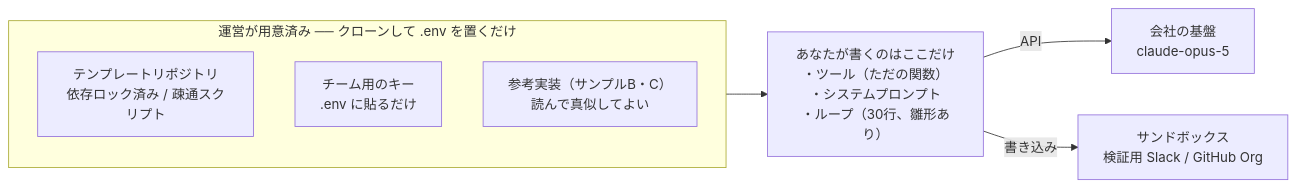
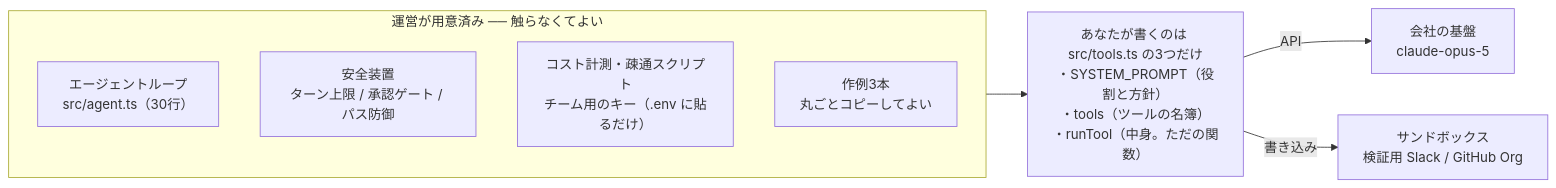
One commit to kkeeth/sample-ai-agent changed the diagram in docs/03-kickoff-script.md. Above: the diagram before and after it, drawn with Mermaid. The commit also changed other lines of this file and 19 other files, not shown here.

````diff
--- a/docs/03-kickoff-script.md
+++ b/docs/03-kickoff-script.md
@@ -70,17 +75,18 @@
 ```mermaid
 flowchart LR
-    subgraph READY["運営が用意済み ── クローンして .env を置くだけ"]
-        T1["テンプレートリポジトリ<br/>依存ロック済み / 疎通スクリプト"]
-        T2["チーム用のキー<br/>.env に貼るだけ"]
-        T3["参考実装（サンプルB・C）<br/>読んで真似してよい"]
+    subgraph READY["運営が用意済み ── 触らなくてよい"]
+        T1["エージェントループ<br/>src/agent.ts（30行）"]
+        T2["安全装置<br/>ターン上限 / 承認ゲート / パス防御"]
+        T3["コスト計測・疎通スクリプト<br/>チーム用のキー（.env に貼るだけ）"]
+        T4["作例3本<br/>丸ごとコピーしてよい"]
     end
 
-    YOURS["あなたが書くのはここだけ<br/>・ツール（ただの関数）<br/>・システムプロンプト<br/>・ループ（30行、雛形あり）"]
+    YOURS["あなたが書くのは src/tools.ts の3つだけ<br/>・SYSTEM_PROMPT（役割と方針）<br/>・tools（ツールの名簿）<br/>・runTool（中身。ただの関数）"]
 
     PLAT["会社の基盤<br/>claude-opus-5"]
     SBOX["サンドボックス<br/>検証用 Slack / GitHub Org"]
 
     READY --> YOURS
     YOURS -->|API| PLAT
     YOURS -->|書き込み| SBOX
 ```
````
